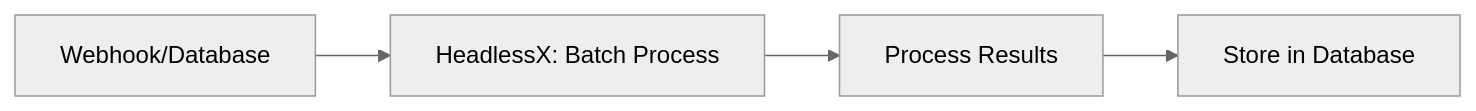
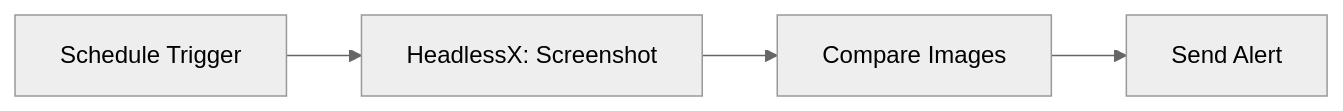
The third of 3 diagrams in README.md (saifyxpro/n8n-nodes-headlessx), drawn with Mermaid (neutral theme) before and after one commit. The commit also changed other lines of this file and 24 other files, not shown here.

Commit message:
feat: release v2.0.0 with resource-based architecture and n8n review fixes

````diff
--- a/README.md
+++ b/README.md
@@ -491,6 +378,6 @@
 ```mermaid
 graph LR
-    A[Webhook/Database] --> B[HeadlessX: Batch Process]
-    B --> C[Process Results]
-    C --> D[Store in Database]
+    A[Schedule Trigger] --> B[HeadlessX: Screenshot]
+    B --> C[Compare Images]
+    C --> D[Send Alert]
 ```
````
